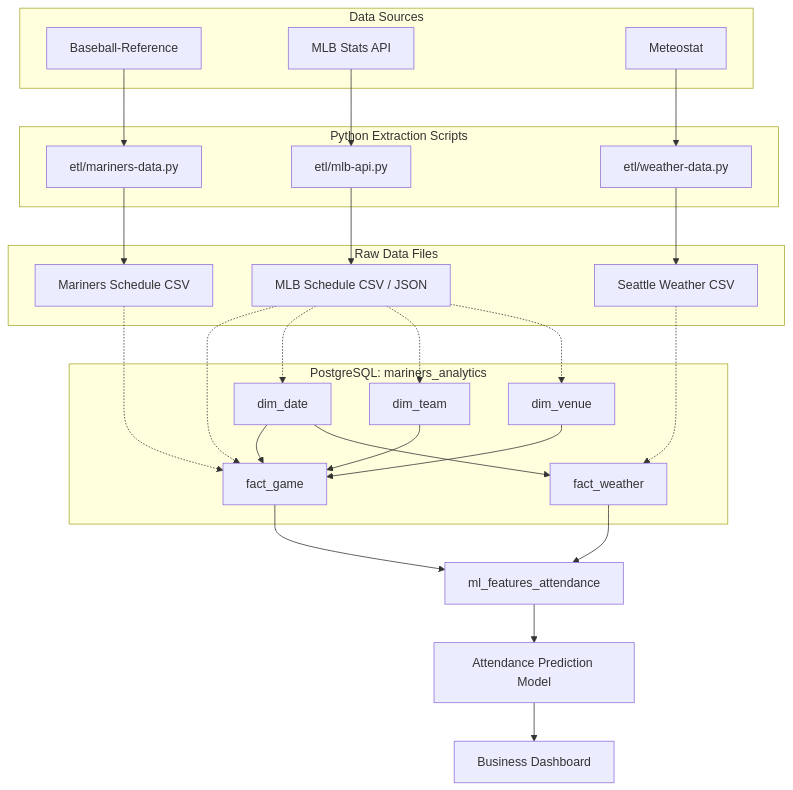
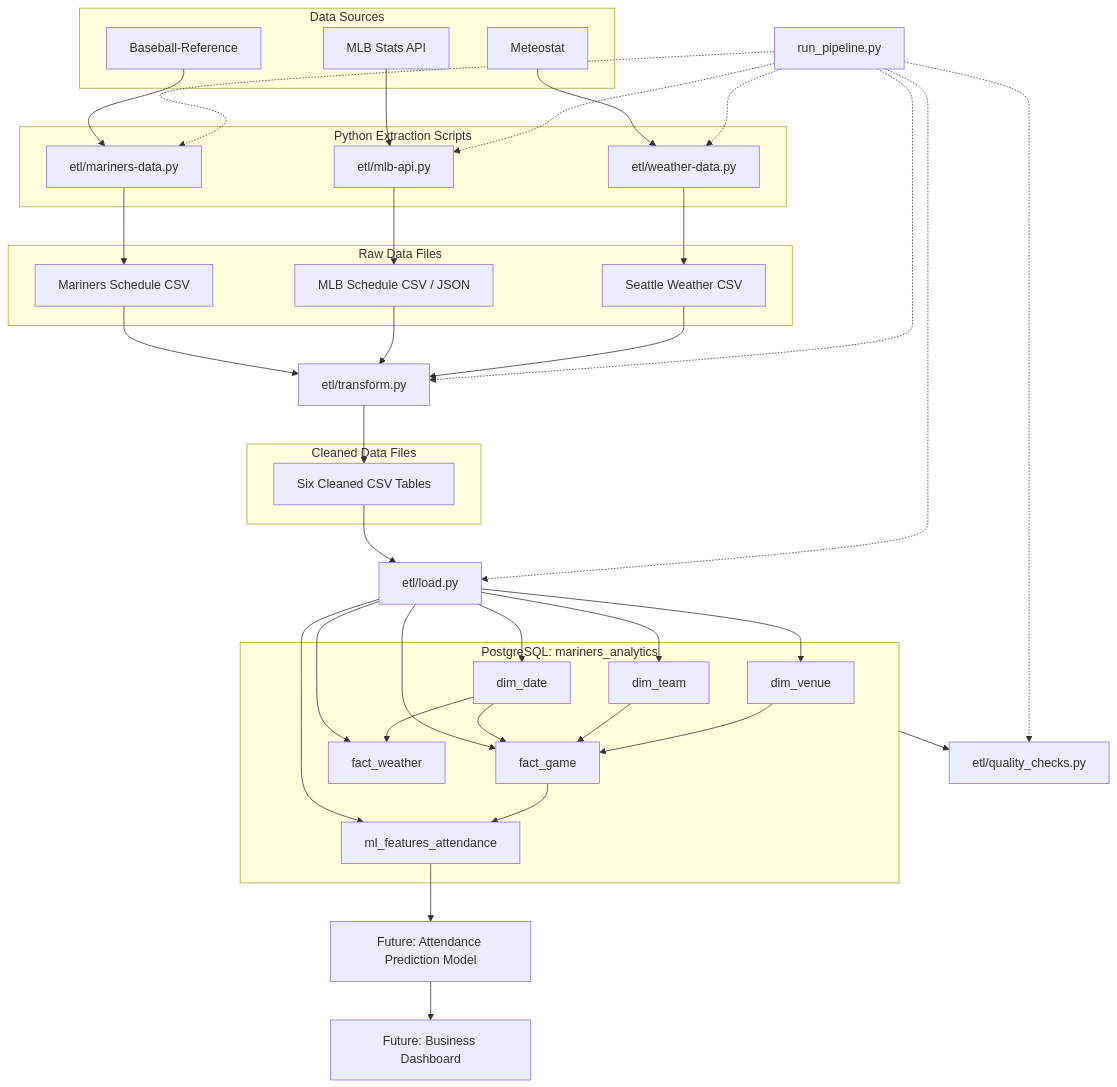
The diagram in docs/data_flow.mmd (ebrown1212/bmkt670-final-project), drawn with Mermaid before and after one commit. The commit also changed 9 other files, not shown here.

Commit message:
Complete ETL pipeline and update project documentation

```diff
--- a/docs/data_flow.mmd
+++ b/docs/data_flow.mmd
@@ -1,52 +1,78 @@
 
 flowchart TD
     subgraph Sources["Data Sources"]
         BR["Baseball-Reference"]
         MLB["MLB Stats API"]
         MS["Meteostat"]
     end
 
     subgraph Extraction["Python Extraction Scripts"]
         E1["etl/mariners-data.py"]
         E2["etl/mlb-api.py"]
         E3["etl/weather-data.py"]
     end
 
     subgraph Raw["Raw Data Files"]
         R1["Mariners Schedule CSV"]
         R2["MLB Schedule CSV / JSON"]
         R3["Seattle Weather CSV"]
     end
 
+    T["etl/transform.py"]
+
+    subgraph Clean["Cleaned Data Files"]
+        C["Six Cleaned CSV Tables"]
+    end
+
+    L["etl/load.py"]
+
     subgraph DB["PostgreSQL: mariners_analytics"]
         D1["dim_date"]
         D2["dim_team"]
         D3["dim_venue"]
         F1["fact_game"]
         F2["fact_weather"]
+        FEATURES["ml_features_attendance"]
     end
 
-    FEATURES["ml_features_attendance"]
-    MODEL["Attendance Prediction Model"]
-    DASH["Business Dashboard"]
+    Q["etl/quality_checks.py"]
+    PIPE["run_pipeline.py"]
+
+    MODEL["Future: Attendance Prediction Model"]
+    DASH["Future: Business Dashboard"]
 
     BR --> E1 --> R1
     MLB --> E2 --> R2
     MS --> E3 --> R3
 
-    R1 -.-> F1
-    R2 -.-> F1
-    R2 -.-> D1
-    R2 -.-> D2
-    R2 -.-> D3
-    R3 -.-> F2
+    R1 --> T
+    R2 --> T
+    R3 --> T
+
+    T --> C --> L
+
+    L --> D1
+    L --> D2
+    L --> D3
+    L --> F1
+    L --> F2
+    L --> FEATURES
 
     D1 --> F1
     D1 --> F2
     D2 --> F1
     D3 --> F1
 
     F1 --> FEATURES
-    F2 --> FEATURES
+
+    DB --> Q
+
+    PIPE -.-> E1
+    PIPE -.-> E2
+    PIPE -.-> E3
+    PIPE -.-> T
+    PIPE -.-> L
+    PIPE -.-> Q
+
     FEATURES --> MODEL
     MODEL --> DASH
```
